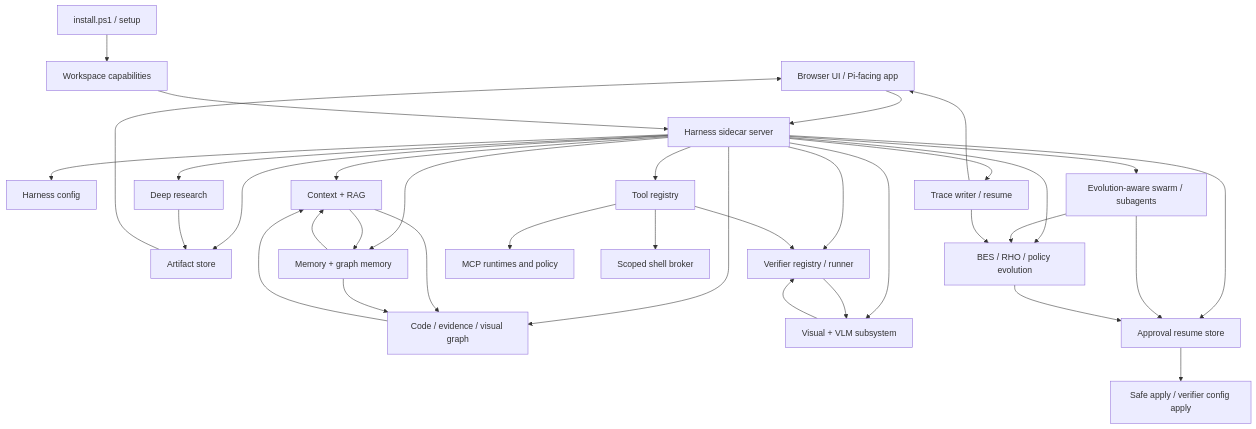
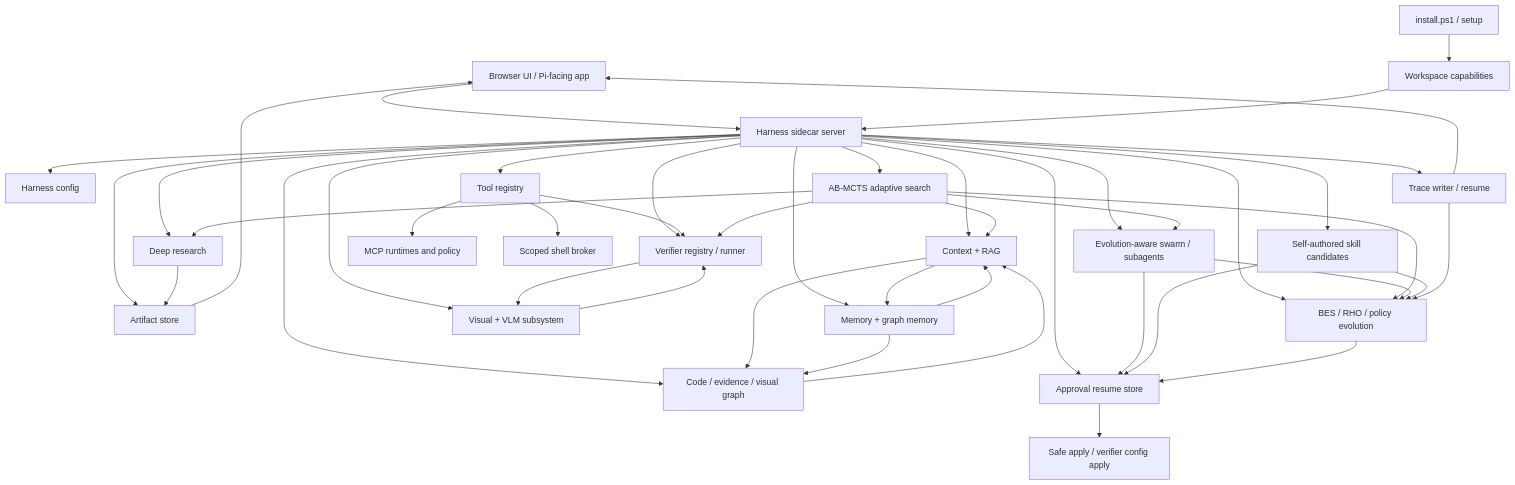
The first of 9 diagrams in docs/architecture/feature-architecture-map.md (PhantomG27249/helios-forge), drawn with Mermaid before and after one commit. The commit also changed other lines of this file, not shown here.

Commit message:
docs: explain adaptive swarm meta architecture

````diff
--- a/docs/architecture/feature-architecture-map.md
+++ b/docs/architecture/feature-architecture-map.md
@@ -20,41 +21,50 @@
 ```mermaid
 flowchart TD
   UI["Browser UI / Pi-facing app"] --> Server["Harness sidecar server"]
   Installer["install.ps1 / setup"] --> Capabilities["Workspace capabilities"]
   Capabilities --> Server
 
   Server --> Config["Harness config"]
   Server --> Trace["Trace writer / resume"]
   Server --> Artifacts["Artifact store"]
   Server --> Tools["Tool registry"]
   Server --> Context["Context + RAG"]
   Server --> Graph["Code / evidence / visual graph"]
   Server --> Memory["Memory + graph memory"]
   Server --> Research["Deep research"]
   Server --> Swarm["Evolution-aware swarm / subagents"]
   Server --> VLM["Visual + VLM subsystem"]
   Server --> Verifiers["Verifier registry / runner"]
+  Server --> Adaptive["AB-MCTS adaptive search"]
   Server --> Meta["BES / RHO / policy evolution"]
+  Server --> Skills["Self-authored skill candidates"]
   Server --> Approvals["Approval resume store"]
 
   Tools --> MCP["MCP runtimes and policy"]
   Tools --> Shell["Scoped shell broker"]
   Tools --> Verifiers
   Verifiers --> VLM
   VLM --> Verifiers
 
   Context --> Graph
   Context --> Memory
   Graph --> Context
   Memory --> Context
   Memory --> Graph
   Research --> Artifacts
+  Adaptive --> Swarm
+  Adaptive --> Meta
+  Adaptive --> Research
+  Adaptive --> Verifiers
+  Adaptive --> Context
   Swarm --> Meta
   Swarm --> Approvals
+  Skills --> Meta
+  Skills --> Approvals
   Meta --> Approvals
   Approvals --> SafeApply["Safe apply / verifier config apply"]
 
   Trace --> Meta
   Trace --> UI
   Artifacts --> UI
 ```
````
